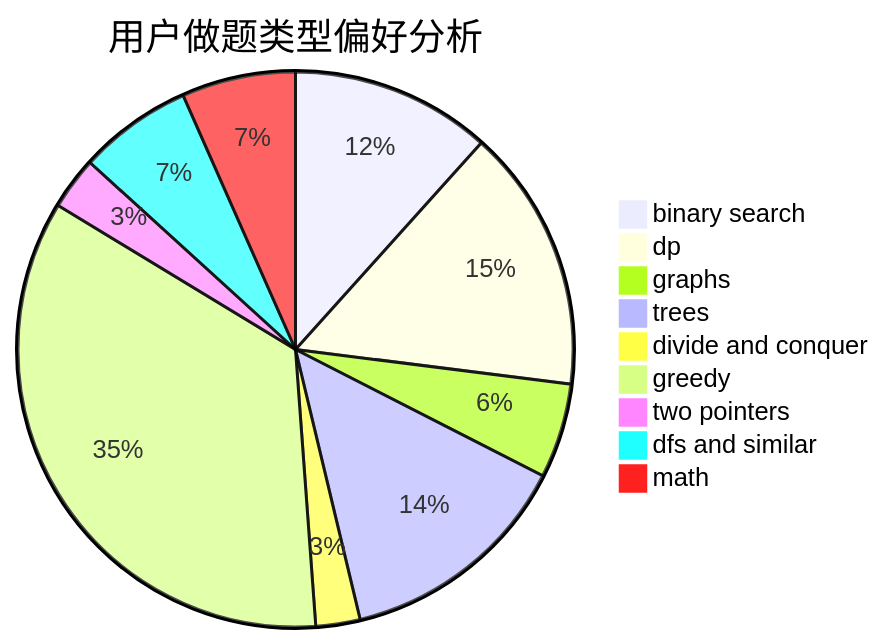
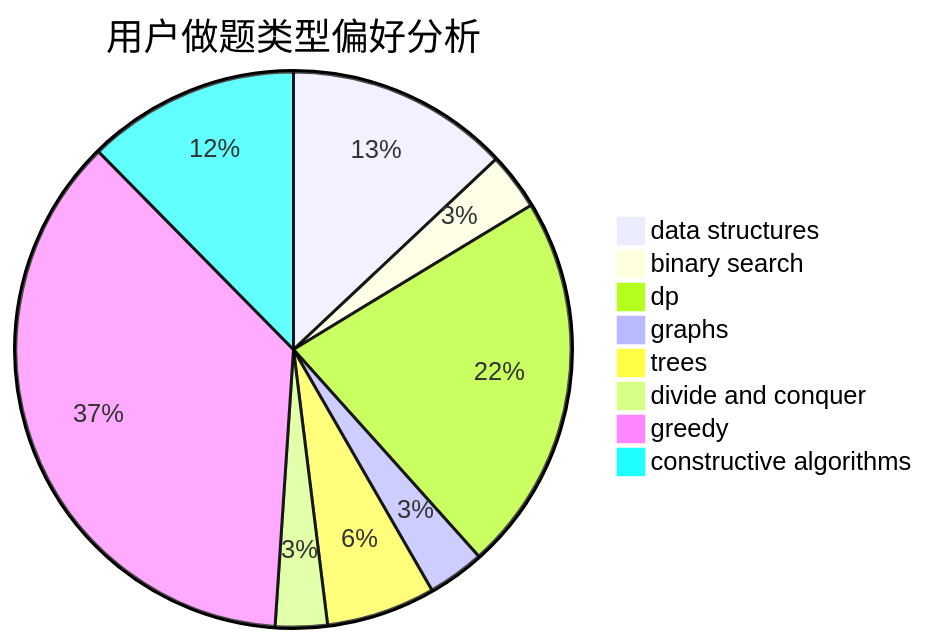
The second of 3 diagrams in docs/user/u616.md (sherpahu/cfrs.github.io), drawn with Mermaid before and after one commit. The commit also changed other lines of this file and 2775 other files, not shown here.

````diff
--- a/docs/user/u616.md
+++ b/docs/user/u616.md
@@ -23,12 +23,11 @@
 ```mermaid
 pie title 用户做题类型偏好分析
-    "binary search" :  95
-    "dp" :  125
-    "graphs" :  45
-    "trees" :  112
-    "divide and conquer" :  21
-    "greedy" :  284
-    "two pointers" :  25
-    "dfs and similar" :  54
-    "math" :  54
+    "data structures" :  43
+    "binary search" :  11
+    "dp" :  73
+    "graphs" :  11
+    "trees" :  21
+    "divide and conquer" :  10
+    "greedy" :  121
+    "constructive algorithms" :  41
 ```
````
